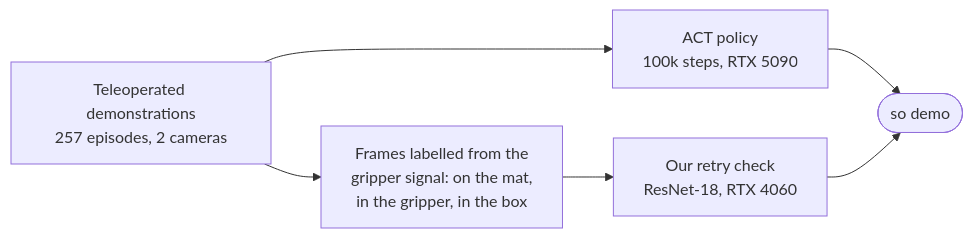
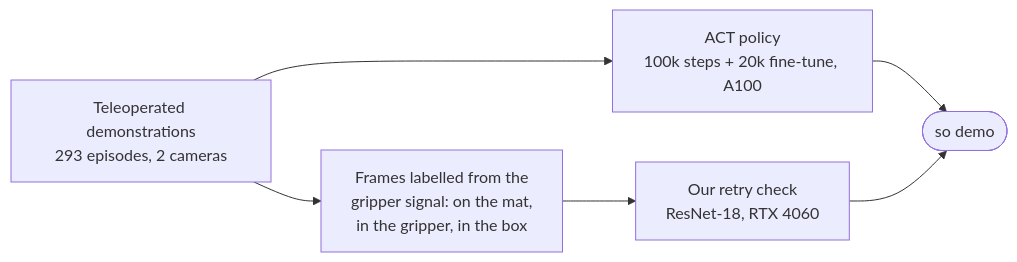
Before and after one commit to SO-101-Hackathon/CrimsonSnow: the first of 2 diagrams in README.md, drawn with Mermaid. The commit also changed other lines of this file and 8 other files, not shown here.

````diff
--- a/README.md
+++ b/README.md
@@ -43,8 +45,8 @@
 ```mermaid
 flowchart LR
-    R["Teleoperated demonstrations<br/>257 episodes, 2 cameras"] --> T["ACT policy<br/>100k steps, RTX 5090"]
+    R["Teleoperated demonstrations<br/>293 episodes, 2 cameras"] --> T["ACT policy<br/>100k steps + 20k fine-tune, A100"]
     R --> L["Frames labelled from the<br/>gripper signal: on the mat,<br/>in the gripper, in the box"]
     L --> V["Our retry check<br/>ResNet-18, RTX 4060"]
     T --> D(["so demo"])
     V --> D
 ```
````
